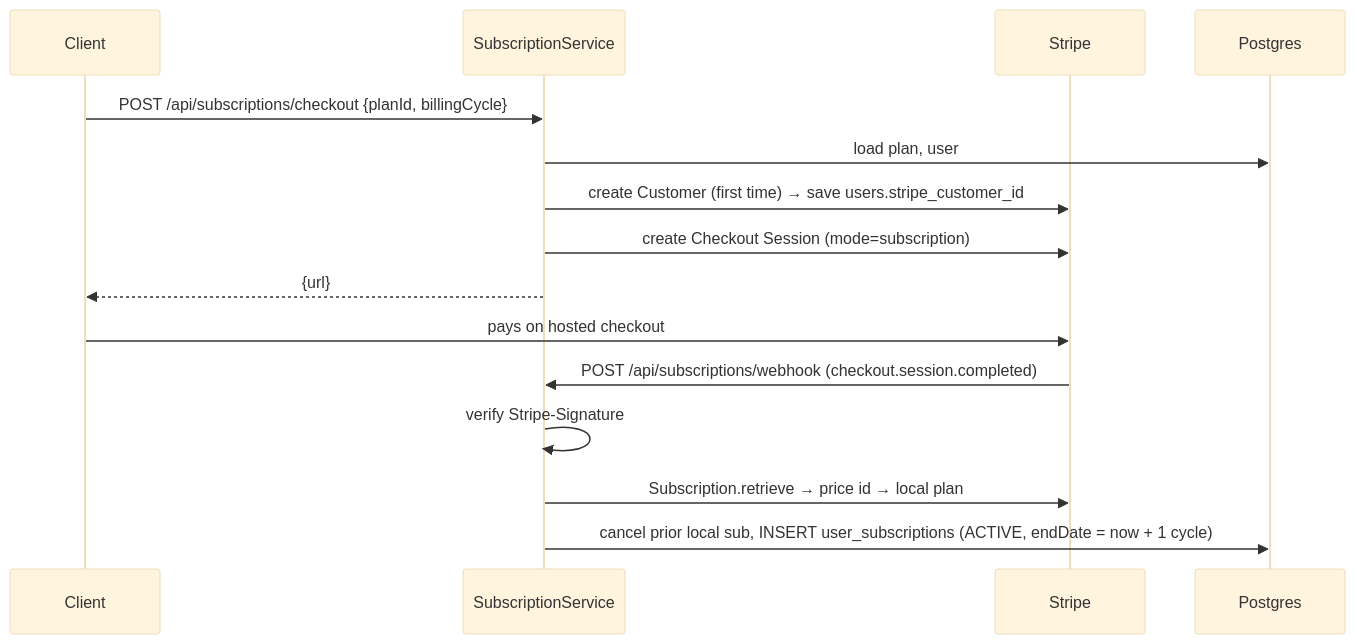
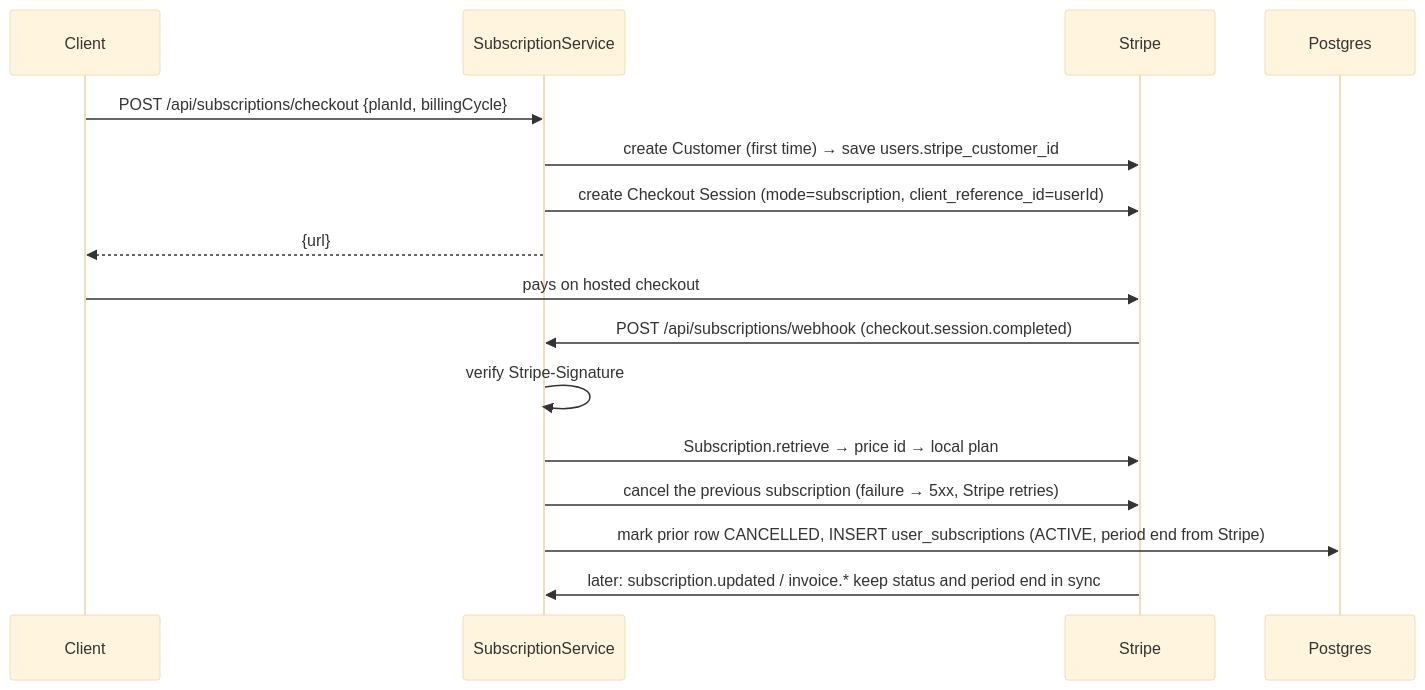
The sixth of 8 diagrams in docs/SYSTEM_DESIGN.md (TechByChibuzo/finance-coach-backend), drawn with Mermaid (base theme) before and after one commit. The commit also changed other lines of this file and 1 other file, not shown here.

First line of the commit message:
docs: bring the README and system design up to date

````diff
--- a/docs/SYSTEM_DESIGN.md
+++ b/docs/SYSTEM_DESIGN.md
@@ -222,17 +238,18 @@
 ```mermaid
 sequenceDiagram
     participant C as Client
     participant S as SubscriptionService
     participant ST as Stripe
     participant DB as Postgres
     C->>S: POST /api/subscriptions/checkout {planId, billingCycle}
-    S->>DB: load plan, user
     S->>ST: create Customer (first time) → save users.stripe_customer_id
-    S->>ST: create Checkout Session (mode=subscription)
+    S->>ST: create Checkout Session (mode=subscription, client_reference_id=userId)
     S-->>C: {url}
     C->>ST: pays on hosted checkout
     ST->>S: POST /api/subscriptions/webhook (checkout.session.completed)
     S->>S: verify Stripe-Signature
     S->>ST: Subscription.retrieve → price id → local plan
-    S->>DB: cancel prior local sub, INSERT user_subscriptions (ACTIVE, endDate = now + 1 cycle)
+    S->>ST: cancel the previous subscription (failure → 5xx, Stripe retries)
+    S->>DB: mark prior row CANCELLED, INSERT user_subscriptions (ACTIVE, period end from Stripe)
+    ST->>S: later: subscription.updated / invoice.* keep status and period end in sync
 ```
````
